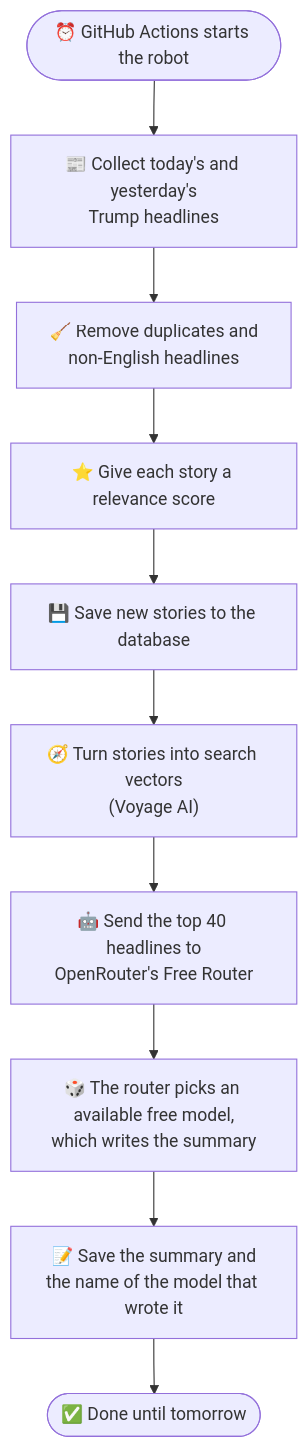
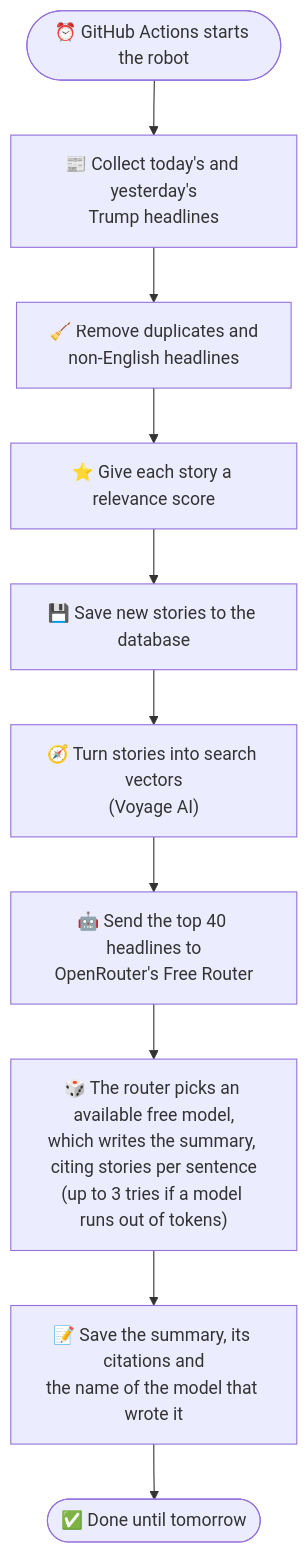
Before and after one commit to divij-pawar/trump-of-the-day: the second of 5 diagrams in ARCHITECTURE.md, drawn with Mermaid. The commit also changed other lines of this file and 6 other files, not shown here.

````diff
--- a/ARCHITECTURE.md
+++ b/ARCHITECTURE.md
@@ -58,15 +58,15 @@
 ```mermaid
 flowchart TD
     start(["⏰ GitHub Actions starts the robot"])
     fetch["📰 Collect today's and yesterday's<br/>Trump headlines"]
     clean["🧹 Remove duplicates and<br/>non-English headlines"]
     rank["⭐ Give each story a relevance score"]
     save["💾 Save new stories to the database"]
     embed["🧭 Turn stories into search vectors<br/>(Voyage AI)"]
     summarize["🤖 Send the top 40 headlines to<br/>OpenRouter's Free Router"]
-    pick["🎲 The router picks an available free model,<br/>which writes the summary"]
-    store["📝 Save the summary and<br/>the name of the model that wrote it"]
+    pick["🎲 The router picks an available free model,<br/>which writes the summary, citing stories per sentence<br/>(up to 3 tries if a model runs out of tokens)"]
+    store["📝 Save the summary, its citations and<br/>the name of the model that wrote it"]
     done(["✅ Done until tomorrow"])
 
     start --> fetch --> clean --> rank --> save --> embed --> summarize --> pick --> store --> done
 ```
````
